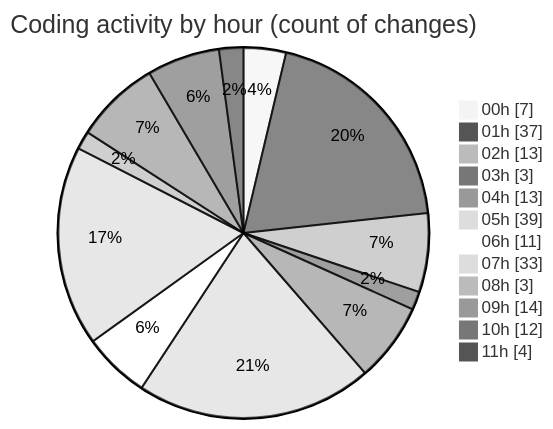
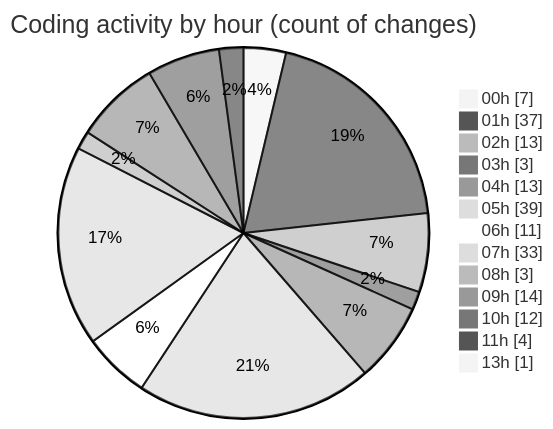
Before and after one commit to charlie-sans/code-tracking: the second of 2 diagrams in 2025-02-23/micros/README.md, drawn with Mermaid (neutral theme). The commit also changed other lines of this file and 1 other file, not shown here.

````diff
--- a/2025-02-23/micros/README.md
+++ b/2025-02-23/micros/README.md
@@ -70,16 +70,17 @@
 ```mermaid
 pie showData
 title Coding activity by hour (count of changes)
 "00h" : 7
 "01h" : 37
 "02h" : 13
 "03h" : 3
 "04h" : 13
 "05h" : 39
 "06h" : 11
 "07h" : 33
 "08h" : 3
 "09h" : 14
 "10h" : 12
 "11h" : 4
+"13h" : 1
 ```
````
